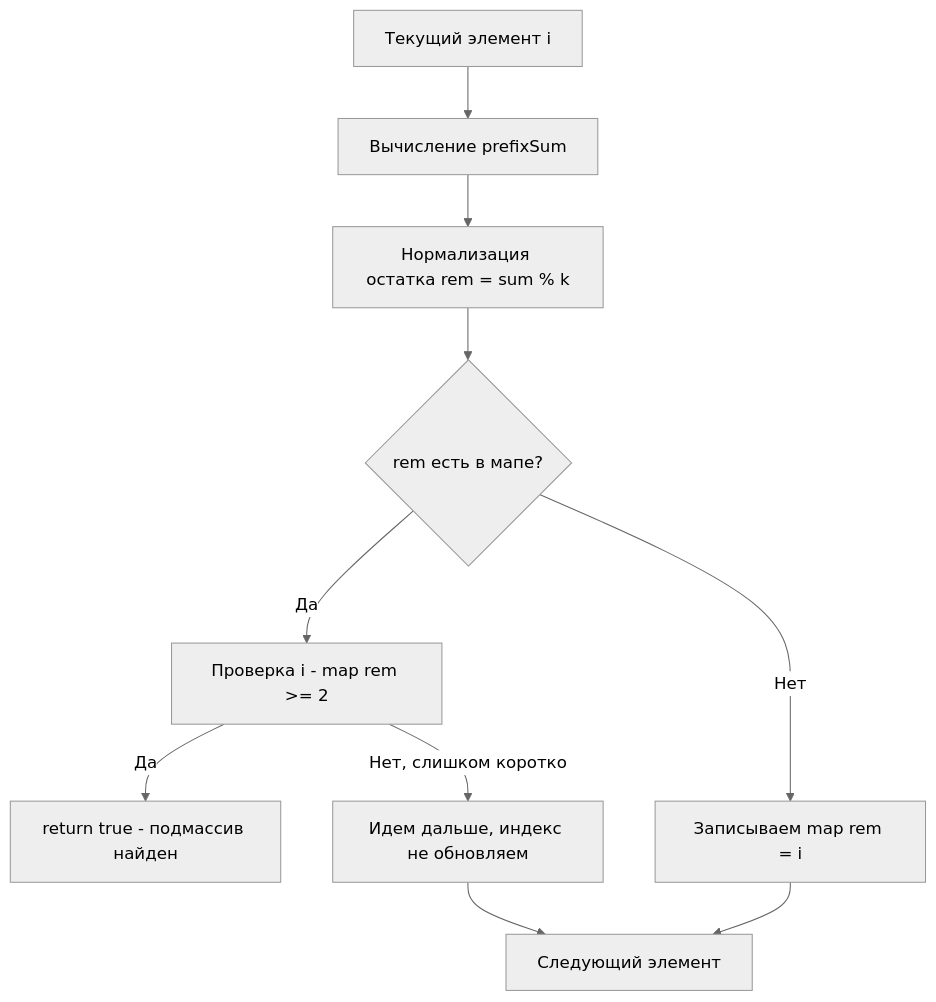
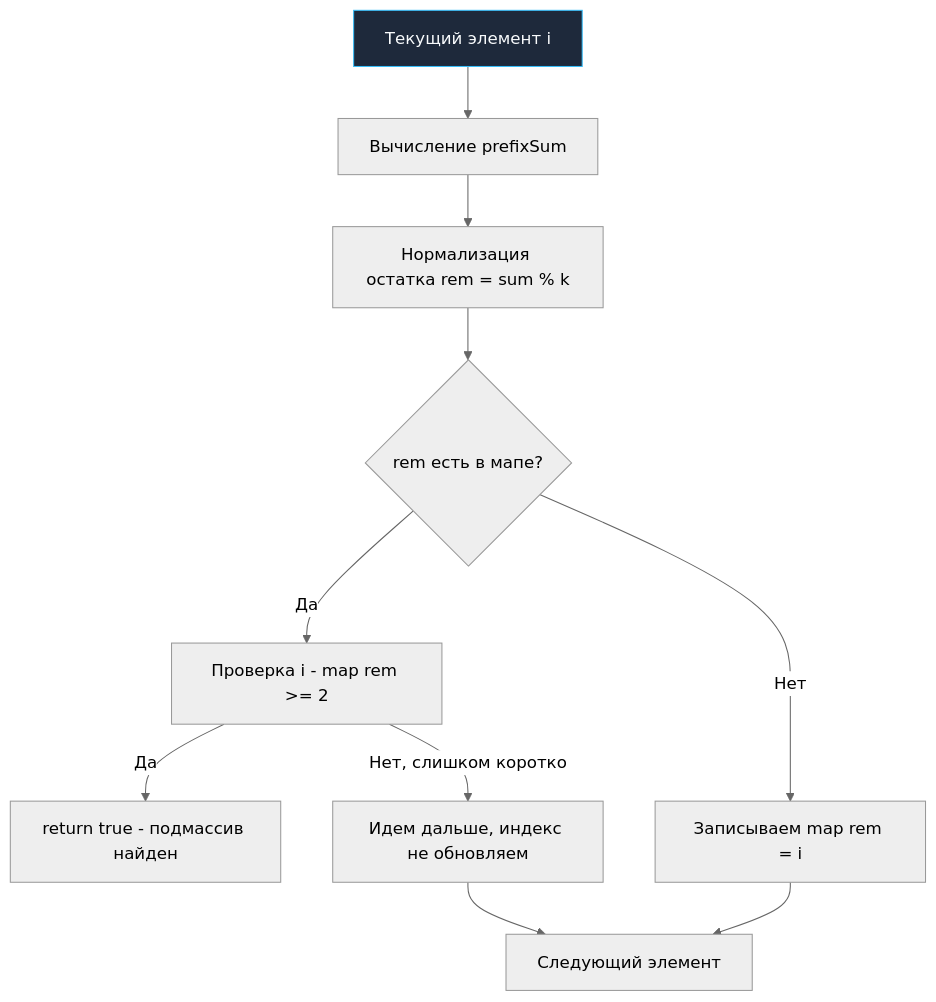
The diagram in sources/21. Задачи с LeetCode и собеседований на Go/02. Задачи/04. Префиксные суммы/5. Continuous Subarray Sum.md (UnrealTemplier/go-textbook), drawn with Mermaid (neutral theme) before and after one commit. The commit also changed 1666 other files, not shown here.

First line of the commit message:
feat(mermaid): add semantic color classDef to 1369 colorless flowchart/graph diagrams

````diff
--- a/sources/21. Задачи с LeetCode и собеседований на Go/02. Задачи/04. Префиксные суммы/5. Continuous Subarray Sum.md
+++ b/sources/21. Задачи с LeetCode и собеседований на Go/02. Задачи/04. Префиксные суммы/5. Continuous Subarray Sum.md
@@ -100,12 +100,22 @@
 ```mermaid
 flowchart TD
-    A["Текущий элемент i"] --> B["Вычисление prefixSum"]
+    classDef process  fill:#1e293b,stroke:#38bdf8,stroke-width:1px,color:#f8fafc
+    classDef success  fill:#064e3b,stroke:#34d399,stroke-width:1px,color:#f8fafc
+    classDef error    fill:#7f1d1d,stroke:#f87171,stroke-width:1px,color:#f8fafc
+    classDef warning  fill:#78350f,stroke:#fbbf24,stroke-width:1px,color:#f8fafc
+    classDef entry    fill:#1e3a5f,stroke:#38bdf8,stroke-width:2px,color:#f8fafc
+    classDef aux      fill:#334155,stroke:#64748b,stroke-width:1px,color:#f8fafc
+    classDef system   fill:#312e81,stroke:#a78bfa,stroke-width:1px,color:#f8fafc
+    classDef data     fill:#132d29,stroke:#2dd4bf,stroke-width:1px,color:#f8fafc
+    classDef network  fill:#881337,stroke:#fb7185,stroke-width:1px,color:#f8fafc
+    classDef accent   fill:#1e1b4b,stroke:#818cf8,stroke-width:1px,color:#f8fafc
+    A["Текущий элемент i"]:::process --> B["Вычисление prefixSum"]
     B --> C["Нормализация остатка rem = sum % k"]
     C --> D{"rem есть в мапе?"}
     D -- "Да" --> E["Проверка i - map rem >= 2"]
     E -- "Да" --> F["return true - подмассив найден"]
     E -- "Нет, слишком коротко" --> G["Идем дальше, индекс не обновляем"]
     D -- "Нет" --> H["Записываем map rem = i"]
     G --> I["Следующий элемент"]
     H --> I
 ```
````
